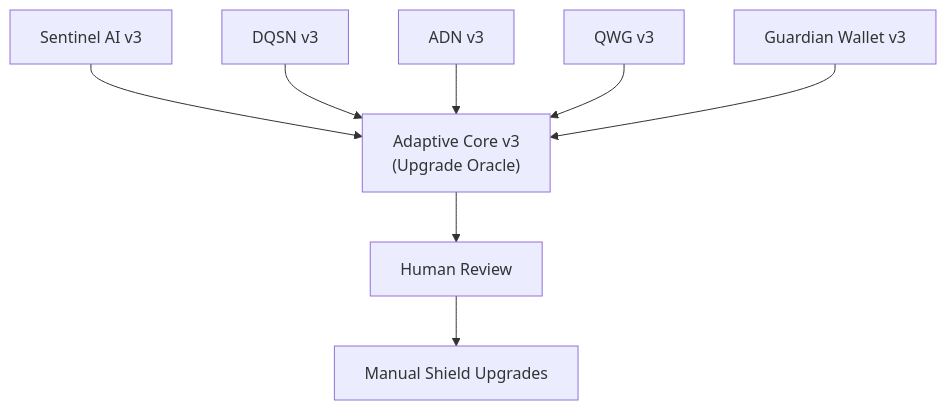
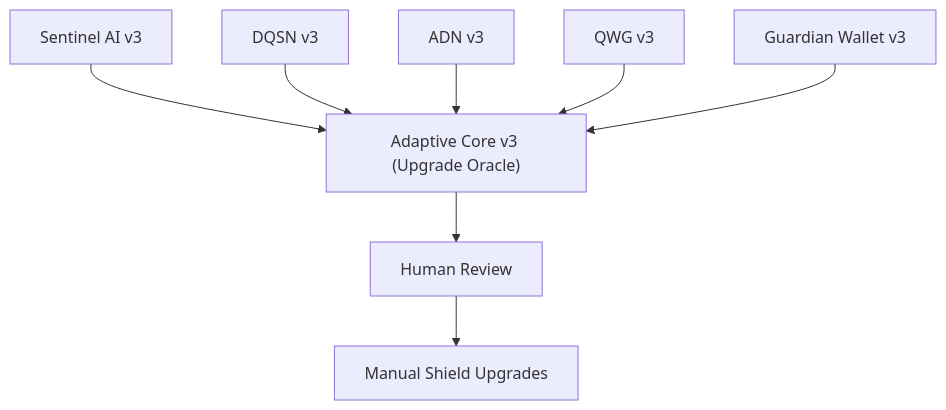
Before and after one commit to DarekDGB/DigiByte-Adaptive-Core: the diagram in README.md, drawn with Mermaid. The commit also changed other lines of this file, not shown here.

````diff
--- a/README.md
+++ b/README.md
@@ -31,20 +33,20 @@
-```mermaid
+``` mermaid
 flowchart TB
   Sentinel["Sentinel AI v3"]
   DQSN["DQSN v3"]
   ADN["ADN v3"]
   QWG["QWG v3"]
   GW["Guardian Wallet v3"]
 
-  AC["Adaptive Core v3\n(Upgrade Oracle)"]
+  AC["Adaptive Core v3 (Upgrade Oracle)"]
   HR["Human Review"]
   Up["Manual Shield Upgrades"]
 
   Sentinel --> AC
   DQSN --> AC
   ADN --> AC
   QWG --> AC
   GW --> AC
 
   AC --> HR --> Up
 ```
````
